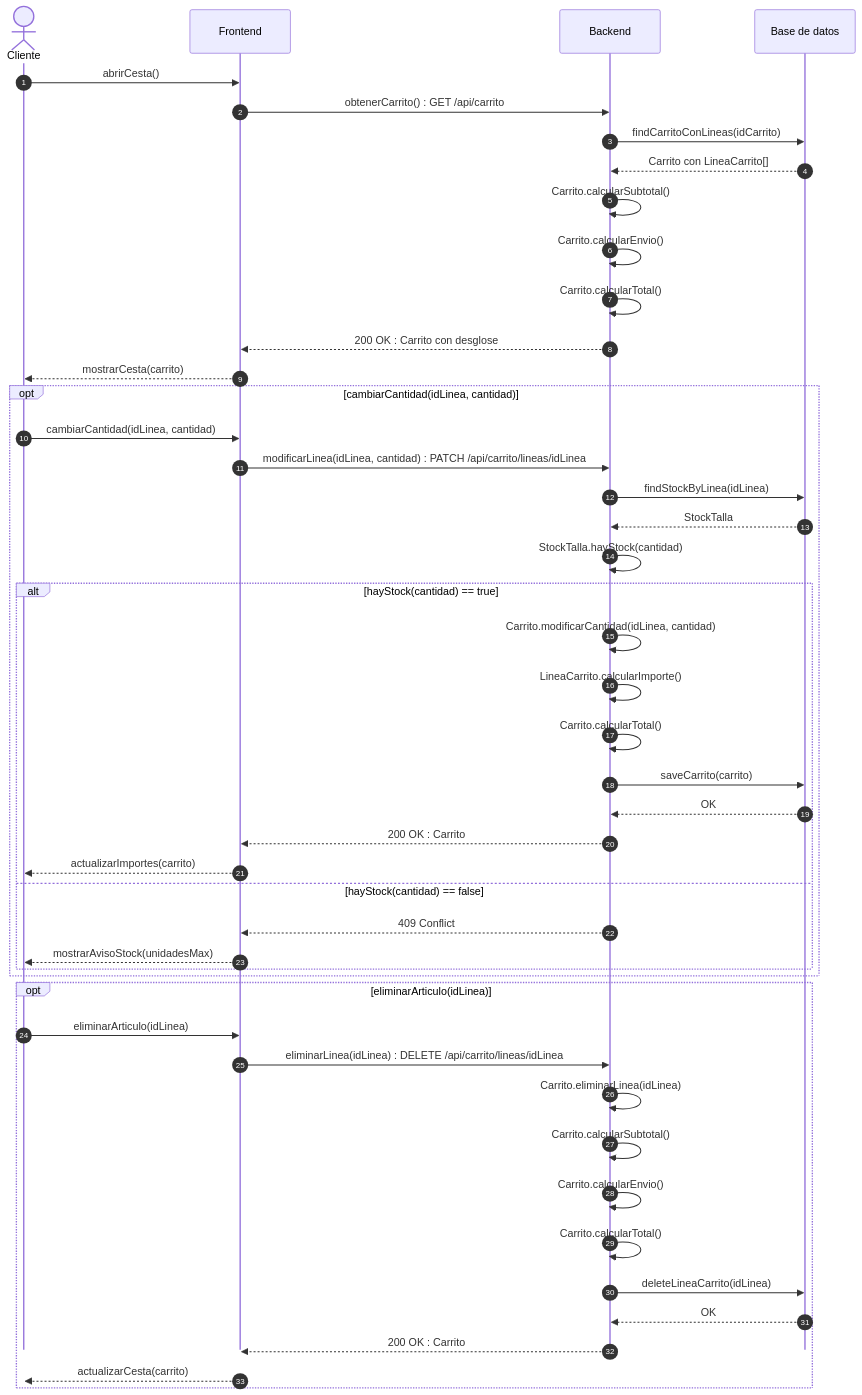
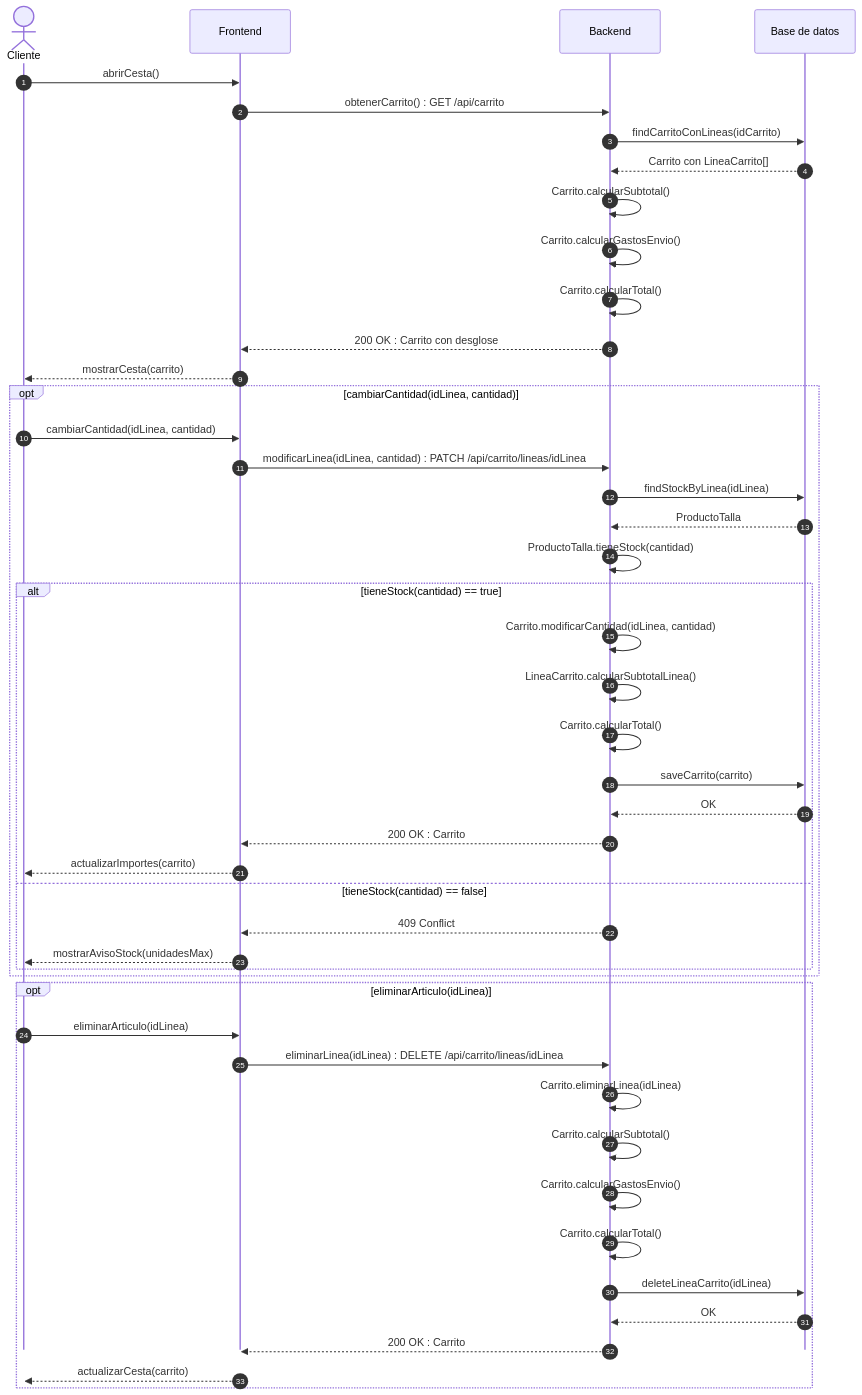
Before and after one commit to ajgarciarias10/PR3GPS: the diagram in Practica3_G11_LaTeX/codigo/sec_us03.mmd, drawn with Mermaid. The commit also changed 27 other files, not shown here.

First line of the commit message:
fix(bloque3): alinear diagramas de secuencia con el diagrama de clases final

```diff
--- a/Practica3_G11_LaTeX/codigo/sec_us03.mmd
+++ b/Practica3_G11_LaTeX/codigo/sec_us03.mmd
@@ -1,47 +1,47 @@
 %%{init: {'sequence': {'mirrorActors': false}}}%%
 sequenceDiagram
     autonumber
     actor U as Cliente
     participant FE as Frontend
     participant BE as Backend
     participant DB as Base de datos
     U->>FE: abrirCesta()
     FE->>BE: obtenerCarrito() : GET /api/carrito
     BE->>DB: findCarritoConLineas(idCarrito)
     DB-->>BE: Carrito con LineaCarrito[]
     BE->>BE: Carrito.calcularSubtotal()
-    BE->>BE: Carrito.calcularEnvio()
+    BE->>BE: Carrito.calcularGastosEnvio()
     BE->>BE: Carrito.calcularTotal()
     BE-->>FE: 200 OK : Carrito con desglose
     FE-->>U: mostrarCesta(carrito)
     opt cambiarCantidad(idLinea, cantidad)
         U->>FE: cambiarCantidad(idLinea, cantidad)
         FE->>BE: modificarLinea(idLinea, cantidad) : PATCH /api/carrito/lineas/idLinea
         BE->>DB: findStockByLinea(idLinea)
-        DB-->>BE: StockTalla
-        BE->>BE: StockTalla.hayStock(cantidad)
-        alt hayStock(cantidad) == true
+        DB-->>BE: ProductoTalla
+        BE->>BE: ProductoTalla.tieneStock(cantidad)
+        alt tieneStock(cantidad) == true
             BE->>BE: Carrito.modificarCantidad(idLinea, cantidad)
-            BE->>BE: LineaCarrito.calcularImporte()
+            BE->>BE: LineaCarrito.calcularSubtotalLinea()
             BE->>BE: Carrito.calcularTotal()
             BE->>DB: saveCarrito(carrito)
             DB-->>BE: OK
             BE-->>FE: 200 OK : Carrito
             FE-->>U: actualizarImportes(carrito)
-        else hayStock(cantidad) == false
+        else tieneStock(cantidad) == false
             BE-->>FE: 409 Conflict
             FE-->>U: mostrarAvisoStock(unidadesMax)
         end
     end
     opt eliminarArticulo(idLinea)
         U->>FE: eliminarArticulo(idLinea)
         FE->>BE: eliminarLinea(idLinea) : DELETE /api/carrito/lineas/idLinea
         BE->>BE: Carrito.eliminarLinea(idLinea)
         BE->>BE: Carrito.calcularSubtotal()
-        BE->>BE: Carrito.calcularEnvio()
+        BE->>BE: Carrito.calcularGastosEnvio()
         BE->>BE: Carrito.calcularTotal()
         BE->>DB: deleteLineaCarrito(idLinea)
         DB-->>BE: OK
         BE-->>FE: 200 OK : Carrito
         FE-->>U: actualizarCesta(carrito)
     end
```
